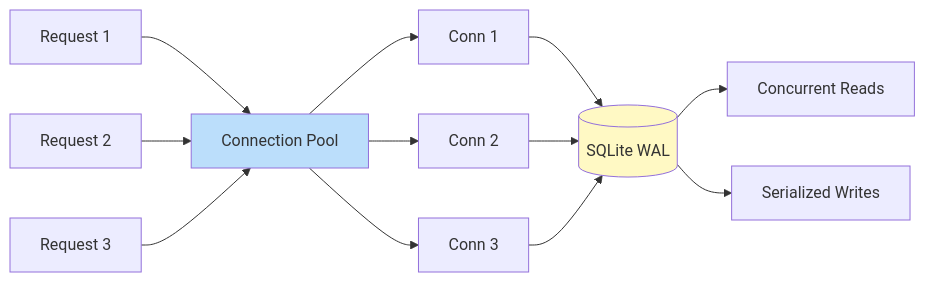
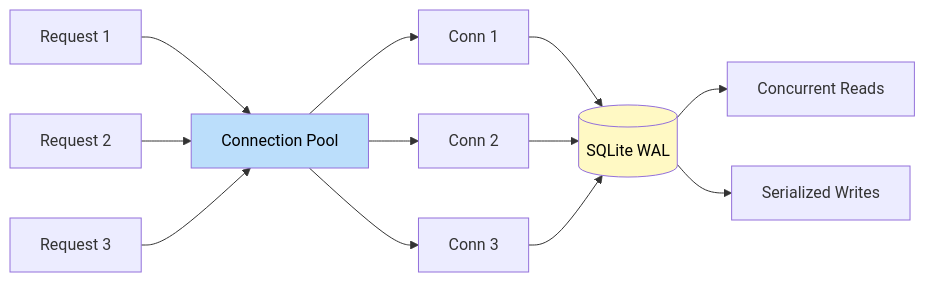
One commit to sw-game-dev/game-mcp-poc changed diagram 15 of 16 in wiki/Data-Flow.md. Above: the diagram before and after it, drawn with Mermaid. The commit also changed other lines of this file and 4 other files, not shown here.

First line of the commit message:
fix: Improve mermaid diagram text contrast

````diff
--- a/wiki/Data-Flow.md
+++ b/wiki/Data-Flow.md
@@ -535,20 +535,20 @@
 ```mermaid
 graph LR
     A[Request 1] --> B[Connection Pool]
     C[Request 2] --> B
     D[Request 3] --> B
 
     B --> E[Conn 1]
     B --> F[Conn 2]
     B --> G[Conn 3]
 
     E --> H[(SQLite WAL)]
     F --> H
     G --> H
 
     H --> I[Concurrent Reads]
     H --> J[Serialized Writes]
 
-    style B fill:#bbdefb
-    style H fill:#fff9c4
+    style B fill:#bbdefb,color:#000
+    style H fill:#fff9c4,color:#000
 ```
````
